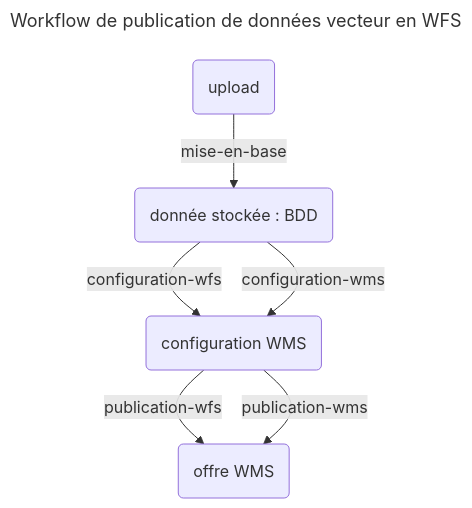
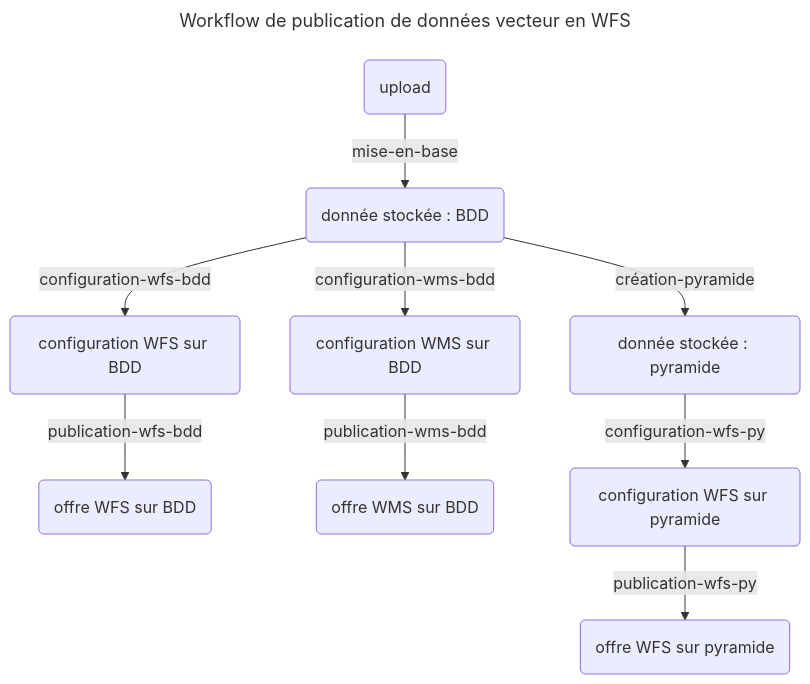
The diagram in docs/tutoriel_2_flux_vecteur.md (ignf-sidc/ignf-gpf-api), drawn with Mermaid before and after one commit. The commit also changed other lines of this file and 2 other files, not shown here.

Commit message:
fusion tuto flux BDD et pyramide vecteur

````diff
--- a/docs/tutoriel_2_flux_vecteur.md
+++ b/docs/tutoriel_2_flux_vecteur.md
@@ -82,12 +82,15 @@
 ```mermaid
 ---
 title: Workflow de publication de données vecteur en WFS
 ---
 %% doc mermaid ici https://mermaid-js.github.io/mermaid/#/flowchart?id=flowcharts-basic-syntax
 flowchart TD
     A("upload") -->|mise-en-base| B("donnée stockée : BDD")
-    B -->|configuration-wfs| C("configuration WFS")
-    C -->|publication-wfs| D("offre WFS")
-    B -->|configuration-wms| C("configuration WMS")
-    C -->|publication-wms| D("offre WMS")
+    B -->|configuration-wfs-bdd| C1("configuration WFS sur BDD")
+    C1 -->|publication-wfs-bdd| D1("offre WFS sur BDD")
+    B -->|configuration-wms-bdd| C2("configuration WMS sur BDD")
+    C2 -->|publication-wms-bdd| D2("offre WMS sur BDD")
+    B -->|création-pyramide| C3(donnée stockée : pyramide)
+    C3 -->|configuration-wfs-py| D3(configuration WFS sur pyramide)
+    D3 -->|publication-wfs-py| E3(offre  WFS sur pyramide)
 ```
````
